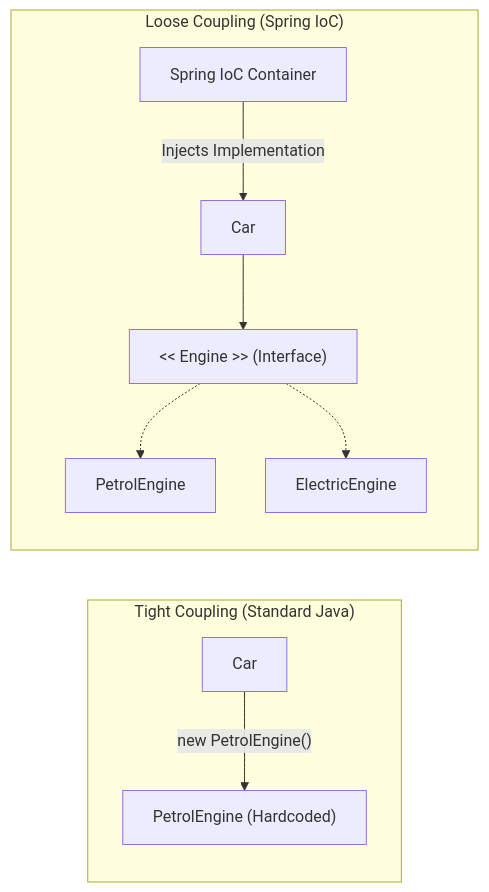
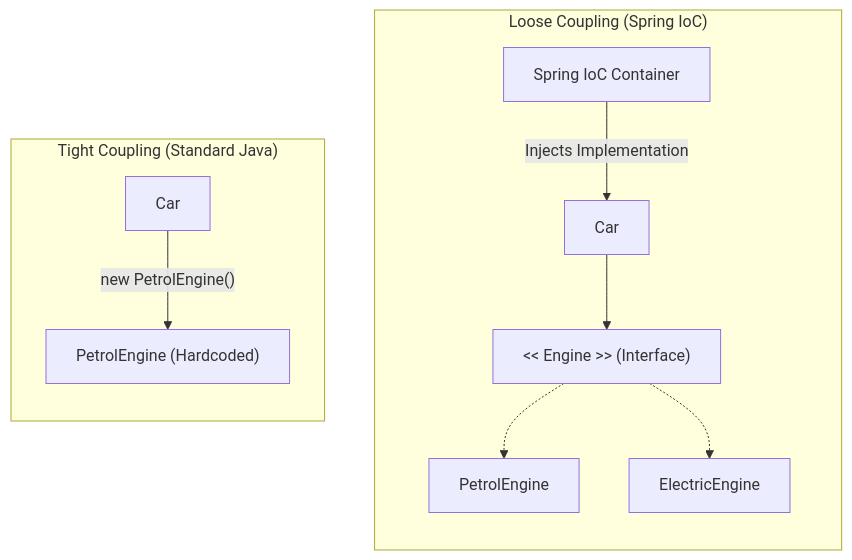
One commit to rohithgowda18/Notes changed the third of 13 diagrams in 06-Java-and-Spring-Boot/01-Spring-Framework-and-Core-IoC.md. Above: the diagram before and after it, drawn with Mermaid. The commit also changed other lines of this file and 15 other files, not shown here.

Commit message:
docs: audit Mermaid diagrams, optimize side-by-side layouts, and deduplicate DBMS advanced notes

````diff
--- a/06-Java-and-Spring-Boot/01-Spring-Framework-and-Core-IoC.md
+++ b/06-Java-and-Spring-Boot/01-Spring-Framework-and-Core-IoC.md
@@ -112,12 +112,15 @@
 ```mermaid
 flowchart LR
     subgraph TightCoupling ["Tight Coupling (Standard Java)"]
         Car1["Car"] -->|"new PetrolEngine()"| PE["PetrolEngine (Hardcoded)"]
     end
+
+    TightCoupling ~~~ LooseCoupling
+
     subgraph LooseCoupling ["Loose Coupling (Spring IoC)"]
         Car2["Car"] --> Inter["<< Engine >> (Interface)"]
         Inter -.-> PE2["PetrolEngine"]
         Inter -.-> EE["ElectricEngine"]
         IoC["Spring IoC Container"] -->|Injects Implementation| Car2
     end
 ```
````
